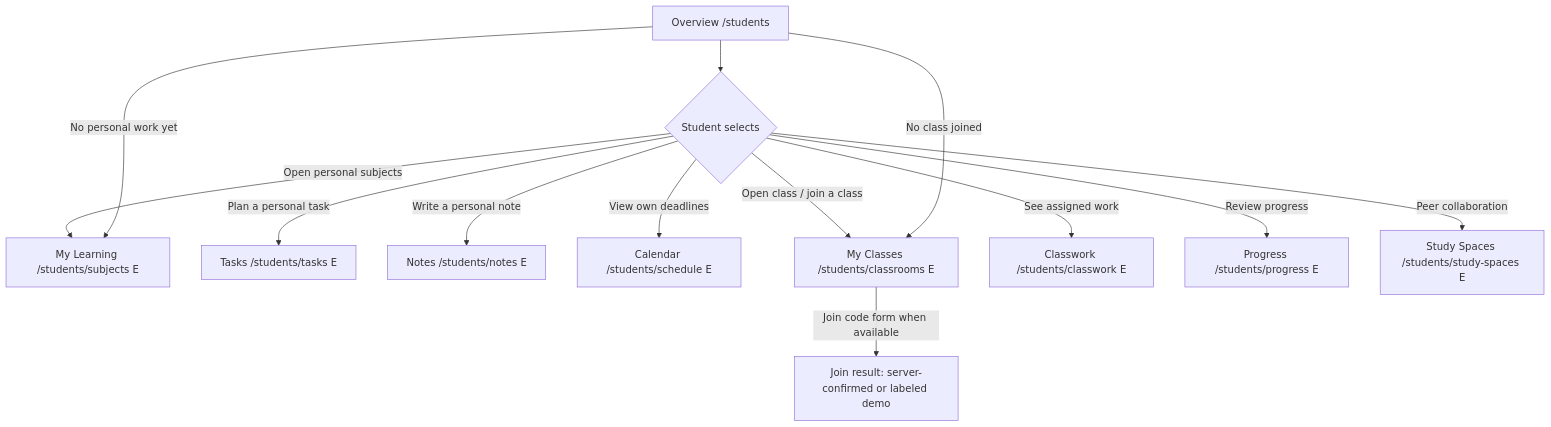
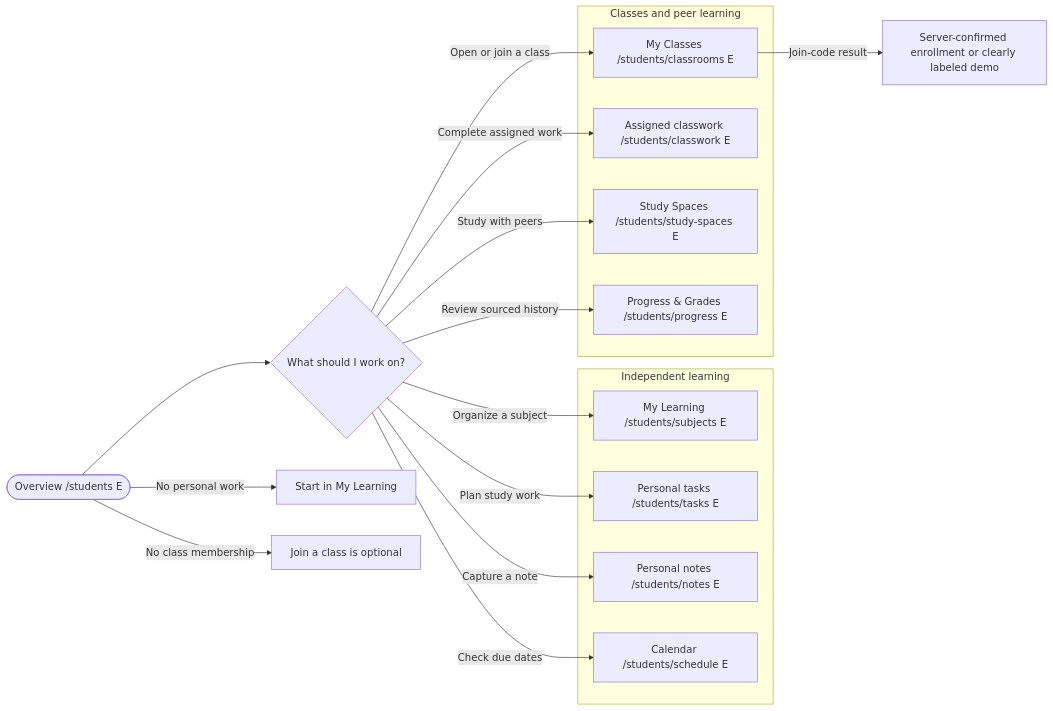
Before and after one commit to devCarlJoseph/owlio-app: the first of 14 diagrams in OWLIO_STUDENT_SIDEBAR_WORKFLOW_PLAN.md, drawn with Mermaid. The commit also changed other lines of this file and 1 other file, not shown here.

Commit message:
docs(workflows): render sidebar flows as grouped Mermaid diagrams

````diff
--- a/OWLIO_STUDENT_SIDEBAR_WORKFLOW_PLAN.md
+++ b/OWLIO_STUDENT_SIDEBAR_WORKFLOW_PLAN.md
@@ -304,15 +304,27 @@
 ```mermaid
-flowchart TD
-  O["Overview /students"] --> Q{"Student selects"}
-  Q -->|"Open personal subjects"| L["My Learning /students/subjects E"]
-  Q -->|"Plan a personal task"| T["Tasks /students/tasks E"]
-  Q -->|"Write a personal note"| N["Notes /students/notes E"]
-  Q -->|"View own deadlines"| C["Calendar /students/schedule E"]
-  Q -->|"Open class / join a class"| CL["My Classes /students/classrooms E"]
-  Q -->|"See assigned work"| CW["Classwork /students/classwork E"]
-  Q -->|"Review progress"| P["Progress /students/progress E"]
-  Q -->|"Peer collaboration"| S["Study Spaces /students/study-spaces E"]
-  CL -->|"Join code form when available"| J["Join result: server-confirmed or labeled demo"]
-  O -->|"No personal work yet"| L
-  O -->|"No class joined"| CL
+flowchart LR
+  O(["Overview /students E"]) --> NEXT{"What should I work on?"}
+  subgraph INDEPENDENT["Independent learning"]
+    ML["My Learning /students/subjects E"]
+    T["Personal tasks /students/tasks E"]
+    N["Personal notes /students/notes E"]
+    C["Calendar /students/schedule E"]
+  end
+  subgraph CONNECTED["Classes and peer learning"]
+    CL["My Classes /students/classrooms E"]
+    CW["Assigned classwork /students/classwork E"]
+    S["Study Spaces /students/study-spaces E"]
+    P["Progress & Grades /students/progress E"]
+  end
+  NEXT -->|"Organize a subject"| ML
+  NEXT -->|"Plan study work"| T
+  NEXT -->|"Capture a note"| N
+  NEXT -->|"Check due dates"| C
+  NEXT -->|"Open or join a class"| CL
+  NEXT -->|"Complete assigned work"| CW
+  NEXT -->|"Study with peers"| S
+  NEXT -->|"Review sourced history"| P
+  CL -->|"Join-code result"| JOIN["Server-confirmed enrollment or clearly labeled demo"]
+  O -->|"No personal work"| EMPTY1["Start in My Learning"]
+  O -->|"No class membership"| EMPTY2["Join a class is optional"]
 ```
````
